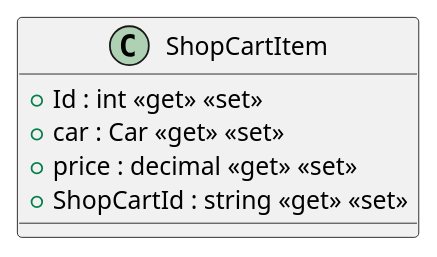
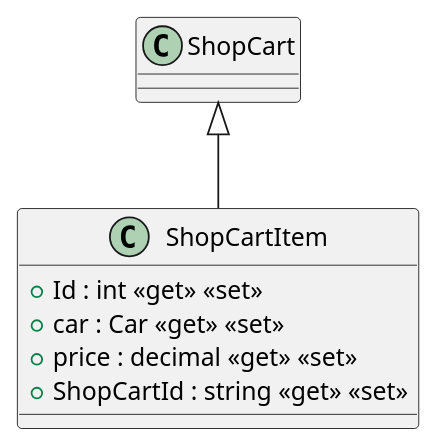
Before and after one commit to daniel2IT/CarAndGoWebApp: the diagram in CarAndGo/Data/Models/ShopCartItem.puml, drawn with PlantUML. The commit also changed 16 other files, not shown here.

```diff
--- a/CarAndGo/Data/Models/ShopCartItem.puml
+++ b/CarAndGo/Data/Models/ShopCartItem.puml
@@ -1,8 +1,9 @@
 @startuml
 class ShopCartItem {
     + Id : int <<get>> <<set>>
     + car : Car <<get>> <<set>>
     + price : decimal <<get>> <<set>>
     + ShopCartId : string <<get>> <<set>>
 }
+ShopCart <|-- ShopCartItem
 @enduml
```
